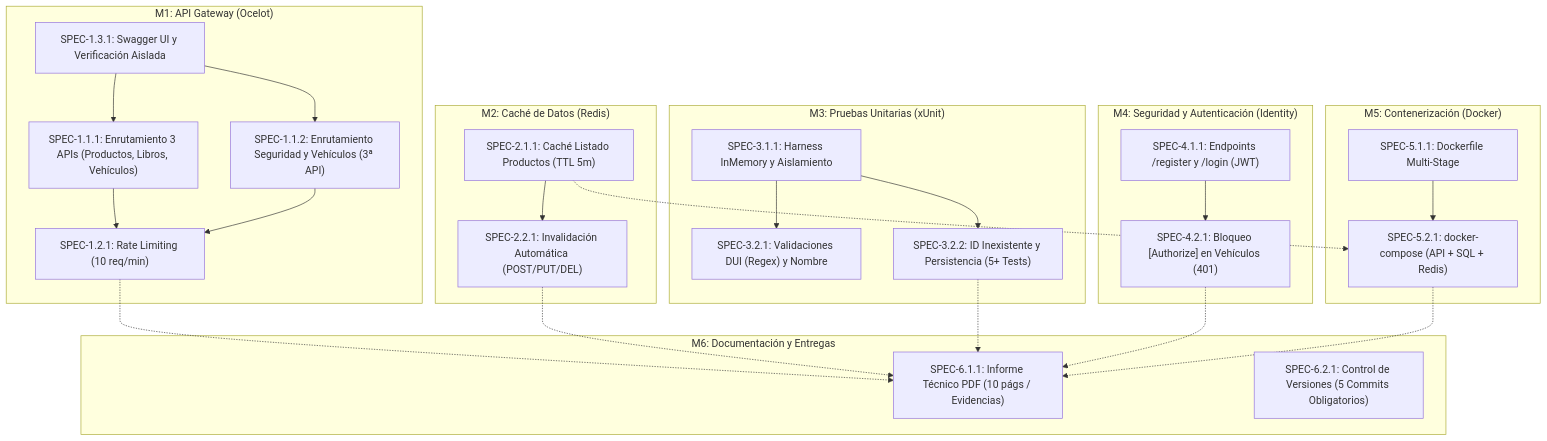
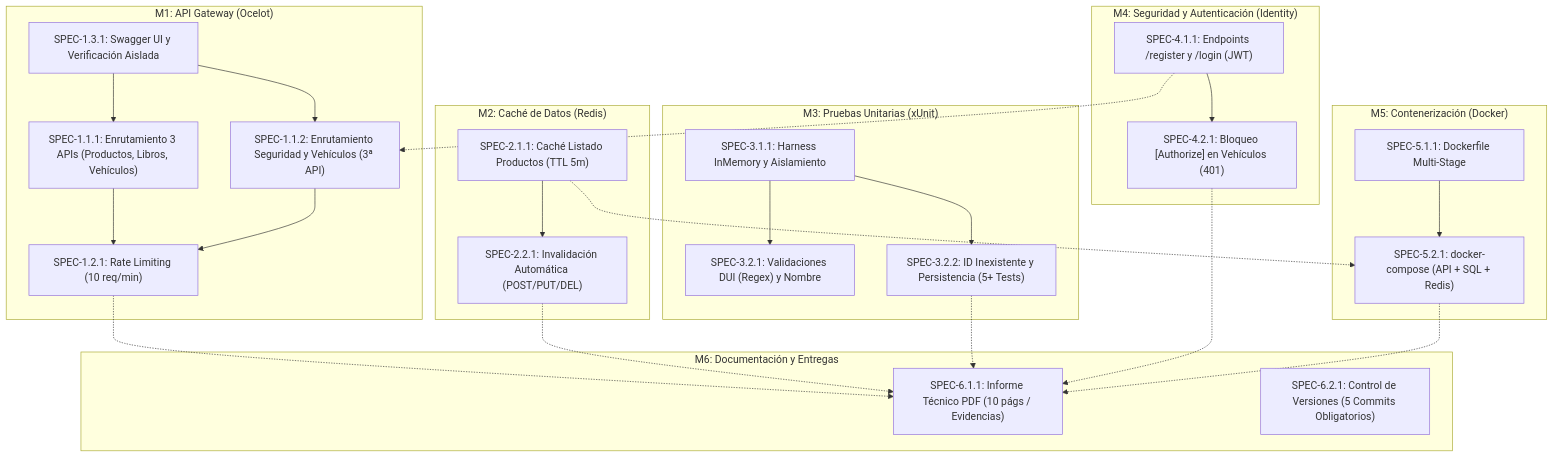
Before and after one commit to MrTobar04/DES-AutoGestion: the diagram in specs/SPEC-INDEX.md, drawn with Mermaid. The commit also changed other lines of this file and 15 other files, not shown here.

````diff
--- a/specs/SPEC-INDEX.md
+++ b/specs/SPEC-INDEX.md
@@ -12,50 +12,51 @@
 ```mermaid
 graph TD
     subgraph M1 ["M1: API Gateway (Ocelot)"]
         S111["SPEC-1.1.1: Enrutamiento 3 APIs (Productos, Libros, Vehículos)"]
         S112["SPEC-1.1.2: Enrutamiento Seguridad y Vehículos (3ª API)"]
         S121["SPEC-1.2.1: Rate Limiting (10 req/min)"]
         S131["SPEC-1.3.1: Swagger UI y Verificación Aislada"]
         S131 --> S111
         S131 --> S112
         S111 --> S121
         S112 --> S121
     end
 
     subgraph M2 ["M2: Caché de Datos (Redis)"]
         S211["SPEC-2.1.1: Caché Listado Productos (TTL 5m)"]
         S221["SPEC-2.2.1: Invalidación Automática (POST/PUT/DEL)"]
         S211 --> S221
     end
 
     subgraph M3 ["M3: Pruebas Unitarias (xUnit)"]
         S311["SPEC-3.1.1: Harness InMemory y Aislamiento"]
         S321["SPEC-3.2.1: Validaciones DUI (Regex) y Nombre"]
         S322["SPEC-3.2.2: ID Inexistente y Persistencia (5+ Tests)"]
         S311 --> S321
         S311 --> S322
     end
 
     subgraph M4 ["M4: Seguridad y Autenticación (Identity)"]
         S411["SPEC-4.1.1: Endpoints /register y /login (JWT)"]
         S421["SPEC-4.2.1: Bloqueo [Authorize] en Vehículos (401)"]
         S411 --> S421
+        S411 -.-> S112
     end
 
     subgraph M5 ["M5: Contenerización (Docker)"]
         S511["SPEC-5.1.1: Dockerfile Multi-Stage"]
         S521["SPEC-5.2.1: docker-compose (API + SQL + Redis)"]
         S511 --> S521
         S211 -.-> S521
     end
 
     subgraph M6 ["M6: Documentación y Entregas"]
         S611["SPEC-6.1.1: Informe Técnico PDF (10 págs / Evidencias)"]
         S621["SPEC-6.2.1: Control de Versiones (5 Commits Obligatorios)"]
         S121 -.-> S611
         S221 -.-> S611
         S322 -.-> S611
         S421 -.-> S611
         S521 -.-> S611
     end
 ```
````
